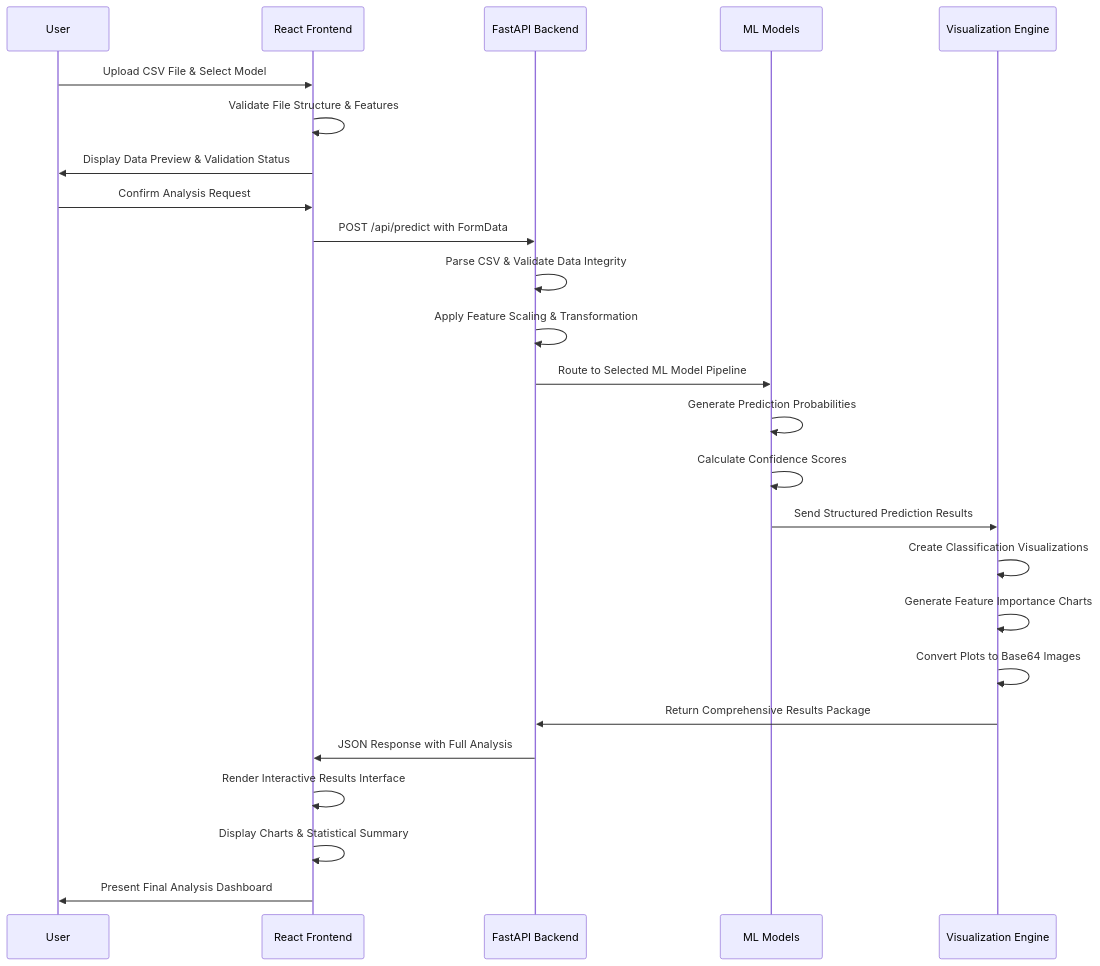
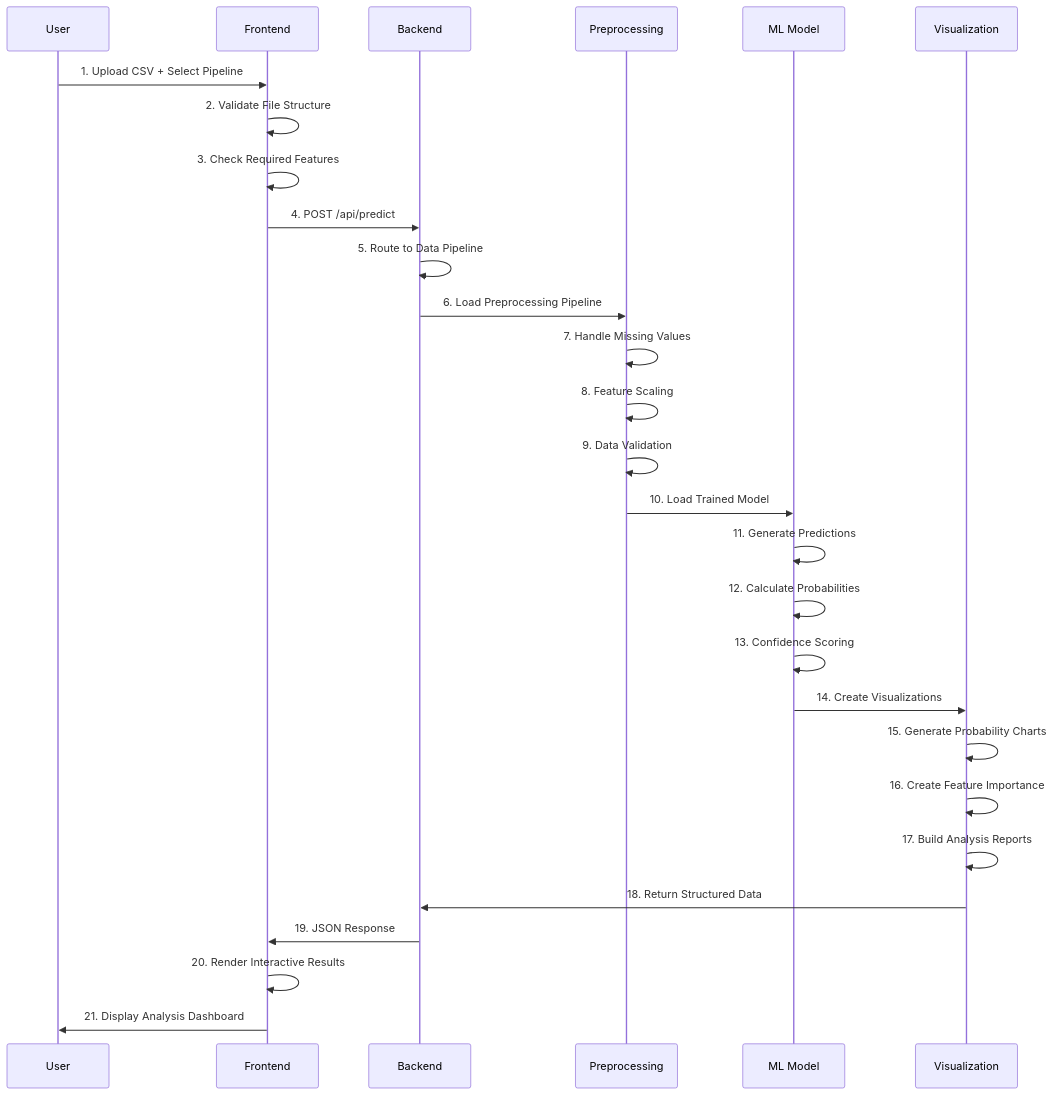
Before and after one commit to koffandaff/SpaceX: the fourth of 8 diagrams in readme.md, drawn with Mermaid. The commit also changed other lines of this file, not shown here.

````diff
--- a/readme.md
+++ b/readme.md
@@ -288,33 +171,35 @@
 ```mermaid
 sequenceDiagram
-    participant User
-    participant Frontend as React Frontend
-    participant Backend as FastAPI Backend
-    participant ML as ML Models
-    participant Viz as Visualization Engine
-
-    User->>Frontend: Upload CSV File & Select Model
-    Frontend->>Frontend: Validate File Structure & Features
-    Frontend->>User: Display Data Preview & Validation Status
+    participant U as User
+    participant F as Frontend
+    participant B as Backend
+    participant PP as Preprocessing
+    participant ML as ML Model
+    participant VIZ as Visualization
     
-    User->>Frontend: Confirm Analysis Request
-    Frontend->>Backend: POST /api/predict with FormData
+    U->>F: 1. Upload CSV + Select Pipeline
+    F->>F: 2. Validate File Structure
+    F->>F: 3. Check Required Features
+    F->>B: 4. POST /api/predict
     
-    Backend->>Backend: Parse CSV & Validate Data Integrity
-    Backend->>Backend: Apply Feature Scaling & Transformation
-    Backend->>ML: Route to Selected ML Model Pipeline
+    B->>B: 5. Route to Data Pipeline
+    B->>PP: 6. Load Preprocessing Pipeline
+    PP->>PP: 7. Handle Missing Values
+    PP->>PP: 8. Feature Scaling
+    PP->>PP: 9. Data Validation
     
-    ML->>ML: Generate Prediction Probabilities
-    ML->>ML: Calculate Confidence Scores
-    ML->>Viz: Send Structured Prediction Results
+    PP->>ML: 10. Load Trained Model
+    ML->>ML: 11. Generate Predictions
+    ML->>ML: 12. Calculate Probabilities
+    ML->>ML: 13. Confidence Scoring
     
-    Viz->>Viz: Create Classification Visualizations
-    Viz->>Viz: Generate Feature Importance Charts
-    Viz->>Viz: Convert Plots to Base64 Images
-    Viz->>Backend: Return Comprehensive Results Package
+    ML->>VIZ: 14. Create Visualizations
+    VIZ->>VIZ: 15. Generate Probability Charts
+    VIZ->>VIZ: 16. Create Feature Importance
+    VIZ->>VIZ: 17. Build Analysis Reports
     
-    Backend->>Frontend: JSON Response with Full Analysis
-    Frontend->>Frontend: Render Interactive Results Interface
-    Frontend->>Frontend: Display Charts & Statistical Summary
-    Frontend->>User: Present Final Analysis Dashboard
+    VIZ->>B: 18. Return Structured Data
+    B->>F: 19. JSON Response
+    F->>F: 20. Render Interactive Results
+    F->>U: 21. Display Analysis Dashboard
 ```
````
